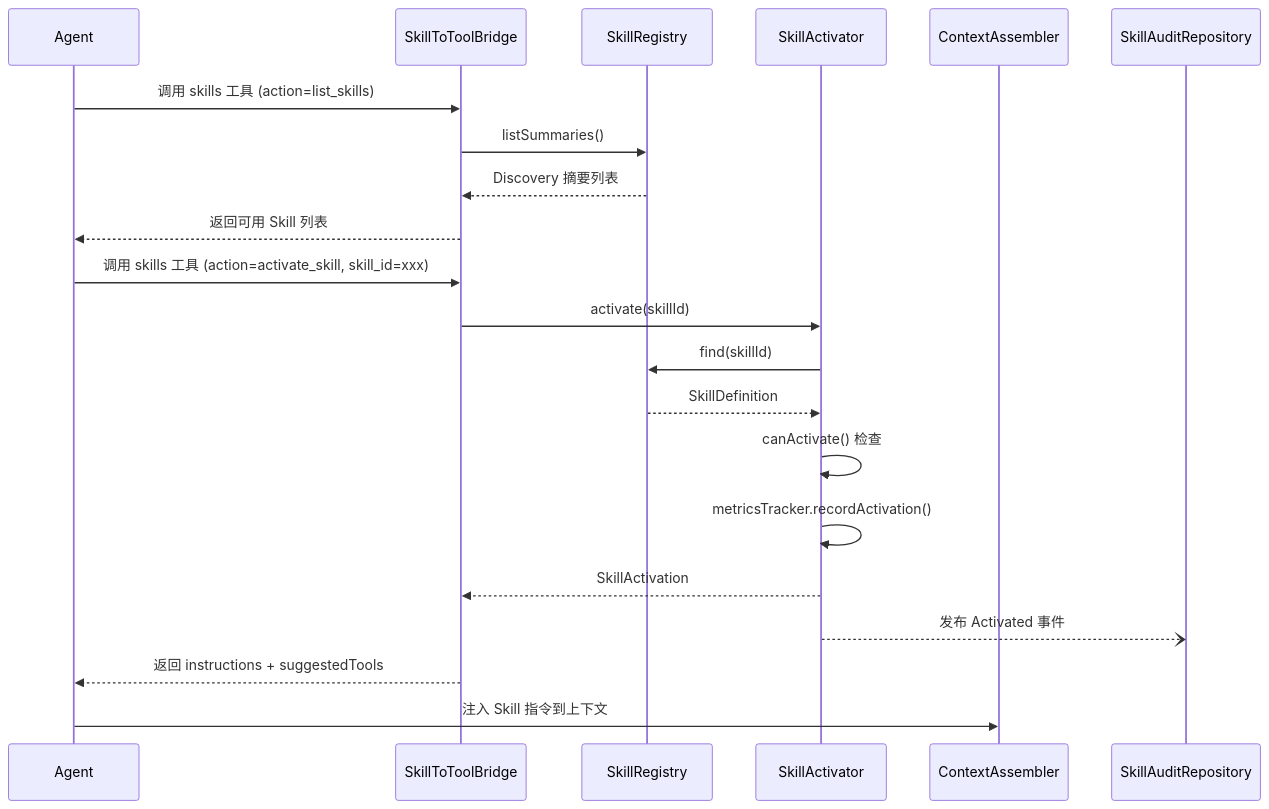
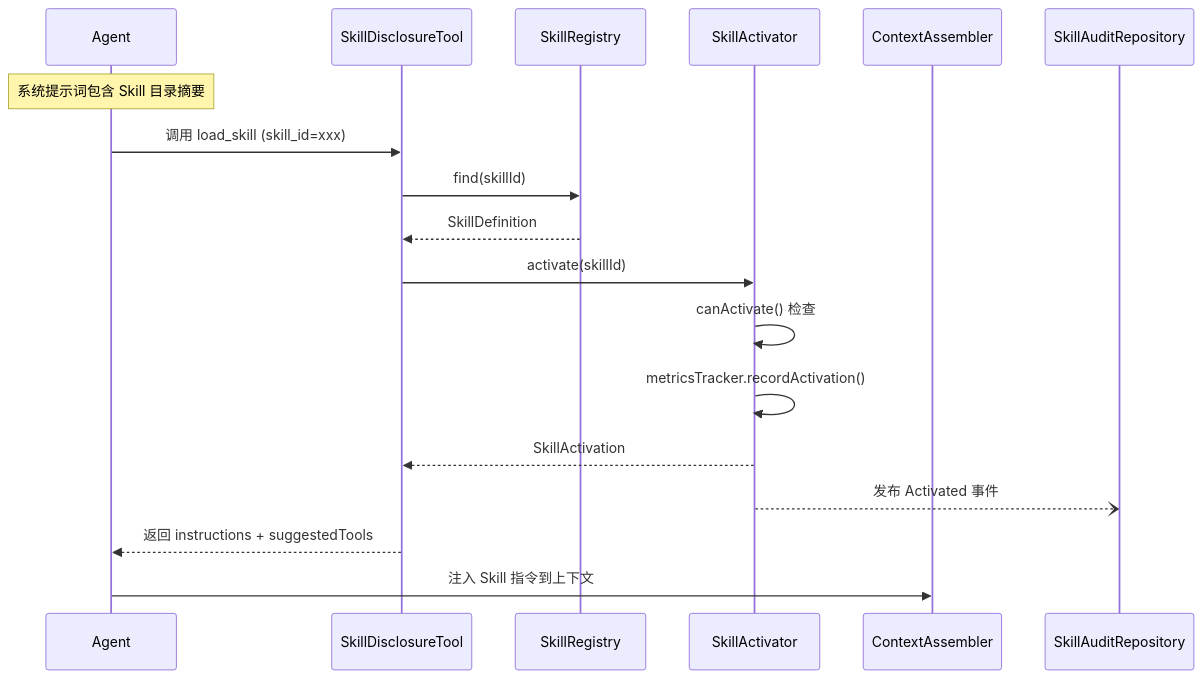
One commit to ntygod/LifePilot changed the second of 4 diagrams in docs/architecture/skill-system.md. Above: the diagram before and after it, drawn with Mermaid. The commit also changed other lines of this file and 5 other files, not shown here.

````diff
--- a/docs/architecture/skill-system.md
+++ b/docs/architecture/skill-system.md
@@ -154,25 +161,21 @@
 ```mermaid
 sequenceDiagram
     participant Agent as Agent
-    participant STB as SkillToToolBridge
+    participant SDT as SkillDisclosureTool
     participant SR as SkillRegistry
     participant SA as SkillActivator
     participant CA as ContextAssembler
     participant Audit as SkillAuditRepository
 
-    Agent->>STB: 调用 skills 工具 (action=list_skills)
-    STB->>SR: listSummaries()
-    SR-->>STB: Discovery 摘要列表
-    STB-->>Agent: 返回可用 Skill 列表
-
-    Agent->>STB: 调用 skills 工具 (action=activate_skill, skill_id=xxx)
-    STB->>SA: activate(skillId)
-    SA->>SR: find(skillId)
-    SR-->>SA: SkillDefinition
+    Note over Agent: 系统提示词包含 Skill 目录摘要
+    Agent->>SDT: 调用 load_skill (skill_id=xxx)
+    SDT->>SR: find(skillId)
+    SR-->>SDT: SkillDefinition
+    SDT->>SA: activate(skillId)
     SA->>SA: canActivate() 检查
     SA->>SA: metricsTracker.recordActivation()
-    SA-->>STB: SkillActivation
+    SA-->>SDT: SkillActivation
     SA--)Audit: 发布 Activated 事件
-    STB-->>Agent: 返回 instructions + suggestedTools
+    SDT-->>Agent: 返回 instructions + suggestedTools
     Agent->>CA: 注入 Skill 指令到上下文
 ```
````
